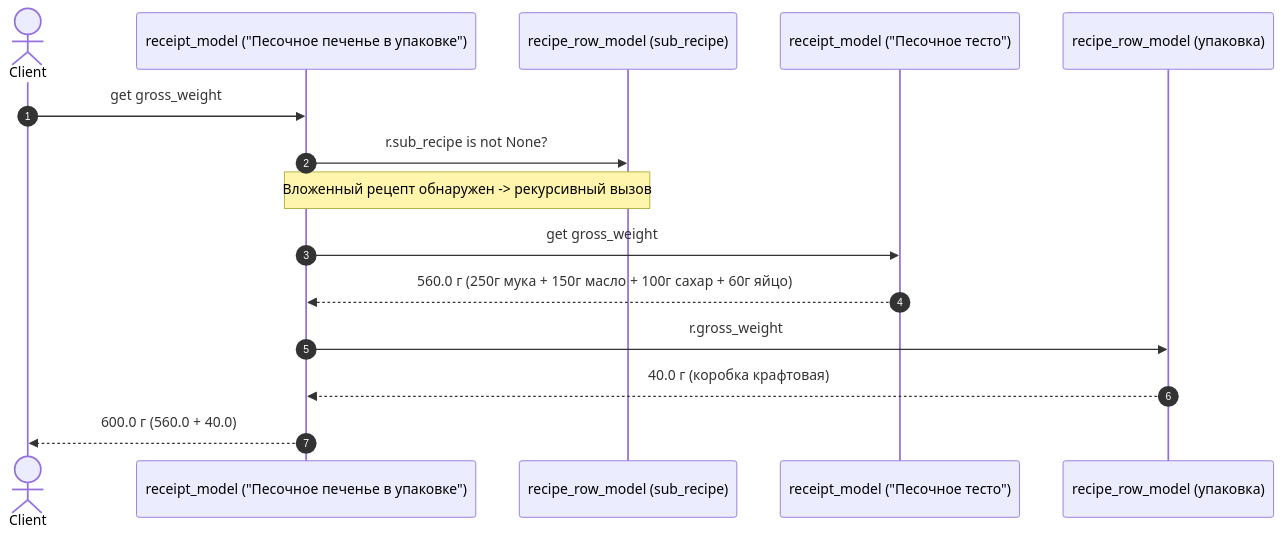
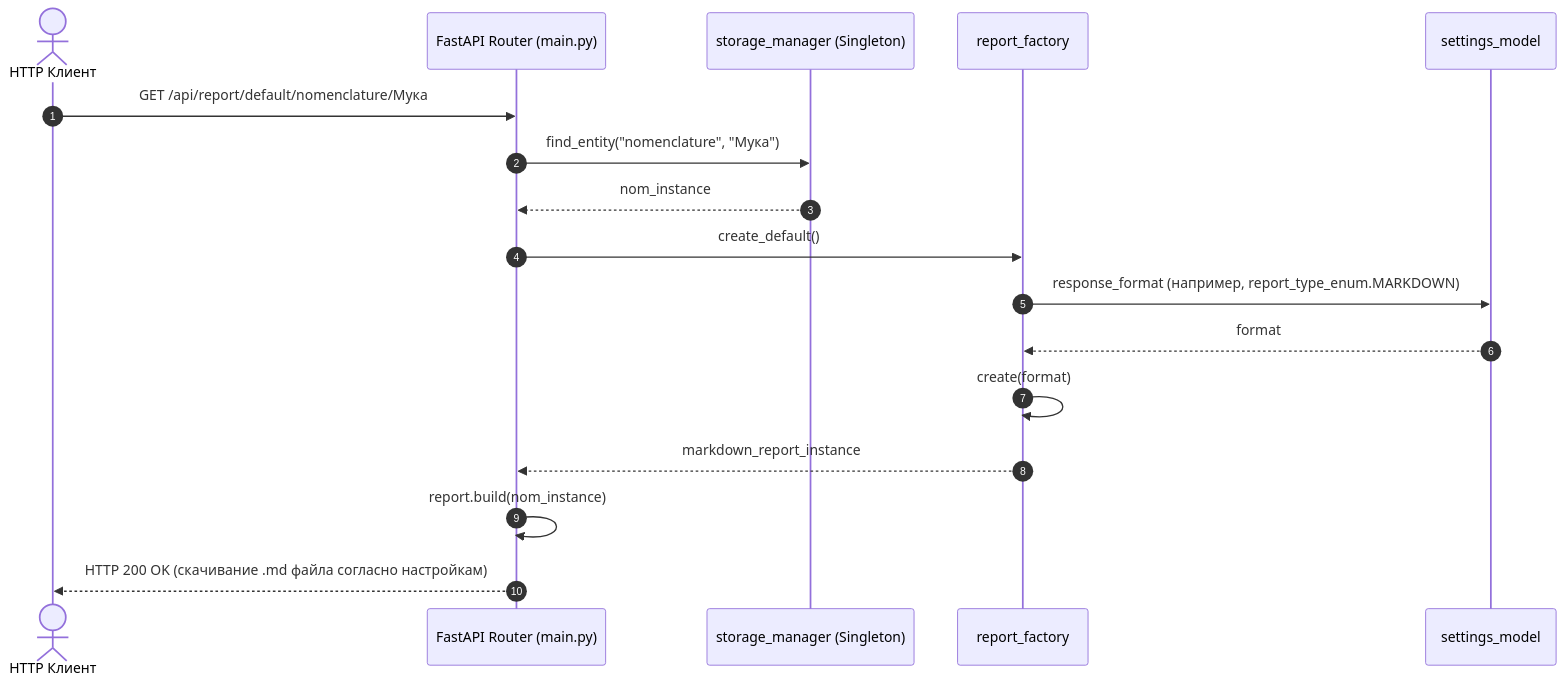
One commit to Hikaru-Hrn/Patterns2026_YM changed the fourth of 4 diagrams in _docs/UML_diagrams.md. Above: the diagram before and after it, drawn with Mermaid. The commit also changed other lines of this file, not shown here.

Commit message:
update UML

````diff
--- a/_docs/UML_diagrams.md
+++ b/_docs/UML_diagrams.md
@@ -316,18 +360,20 @@
 ```mermaid
 sequenceDiagram
     autonumber
-    actor Client
-    participant ParentRecipe as receipt_model ("Песочное печенье в упаковке")
-    participant RowDough as recipe_row_model (sub_recipe)
-    participant NestedRecipe as receipt_model ("Песочное тесто")
-    participant RowBox as recipe_row_model (упаковка)
+    actor Client as HTTP Клиент
+    participant API as FastAPI Router (main.py)
+    participant Storage as storage_manager (Singleton)
+    participant Factory as report_factory
+    participant Settings as settings_model
 
-    Client->>ParentRecipe: get gross_weight
-    ParentRecipe->>RowDough: r.sub_recipe is not None?
-    Note over ParentRecipe,RowDough: Вложенный рецепт обнаружен -> рекурсивный вызов
-    ParentRecipe->>NestedRecipe: get gross_weight
-    NestedRecipe-->>ParentRecipe: 560.0 г (250г мука + 150г масло + 100г сахар + 60г яйцо)
-    ParentRecipe->>RowBox: r.gross_weight
-    RowBox-->>ParentRecipe: 40.0 г (коробка крафтовая)
-    ParentRecipe-->>Client: 600.0 г (560.0 + 40.0)
+    Client->>API: GET /api/report/default/nomenclature/Мука
+    API->>Storage: find_entity("nomenclature", "Мука")
+    Storage-->>API: nom_instance
+    API->>Factory: create_default()
+    Factory->>Settings: response_format (например, report_type_enum.MARKDOWN)
+    Settings-->>Factory: format
+    Factory->>Factory: create(format)
+    Factory-->>API: markdown_report_instance
+    API->>API: report.build(nom_instance)
+    API-->>Client: HTTP 200 OK (скачивание .md файла согласно настройкам)
 ```
````
